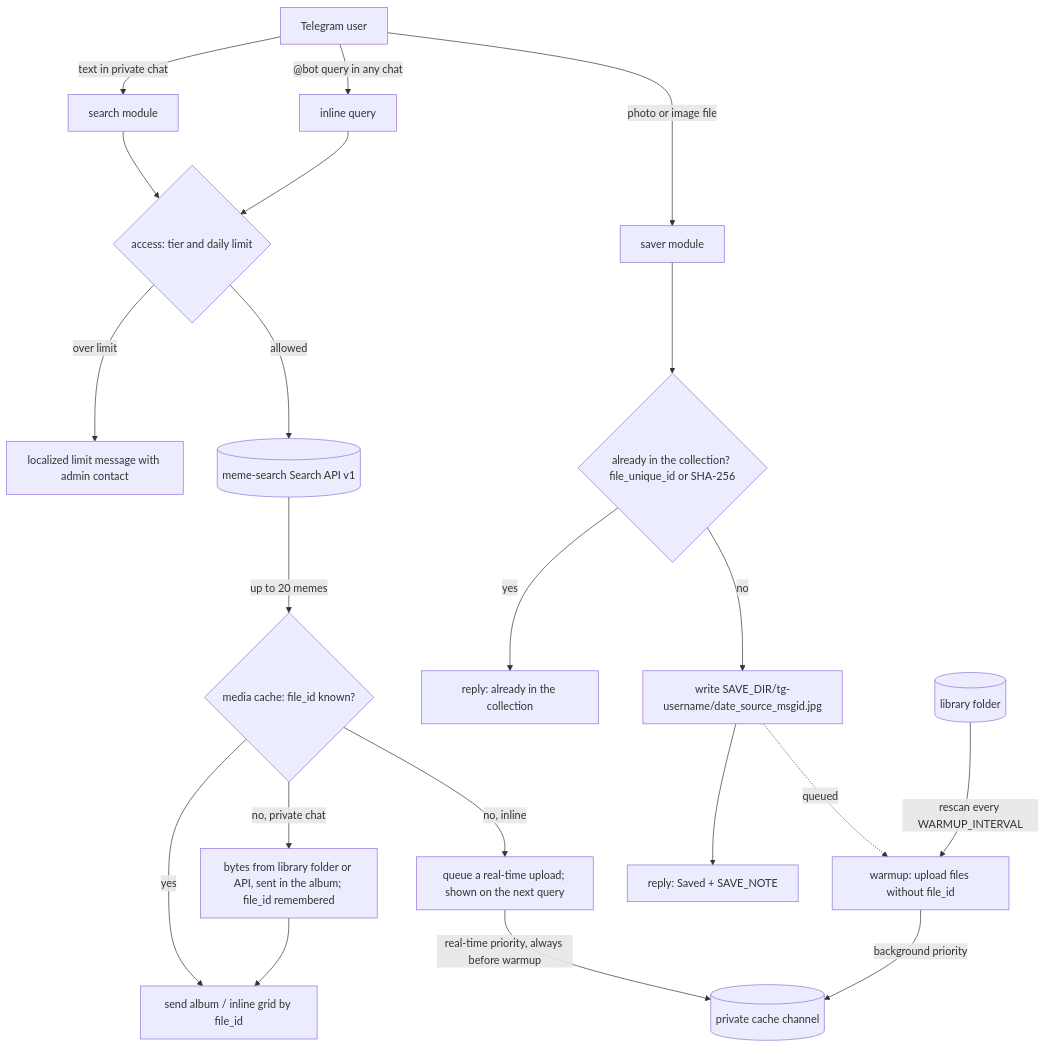
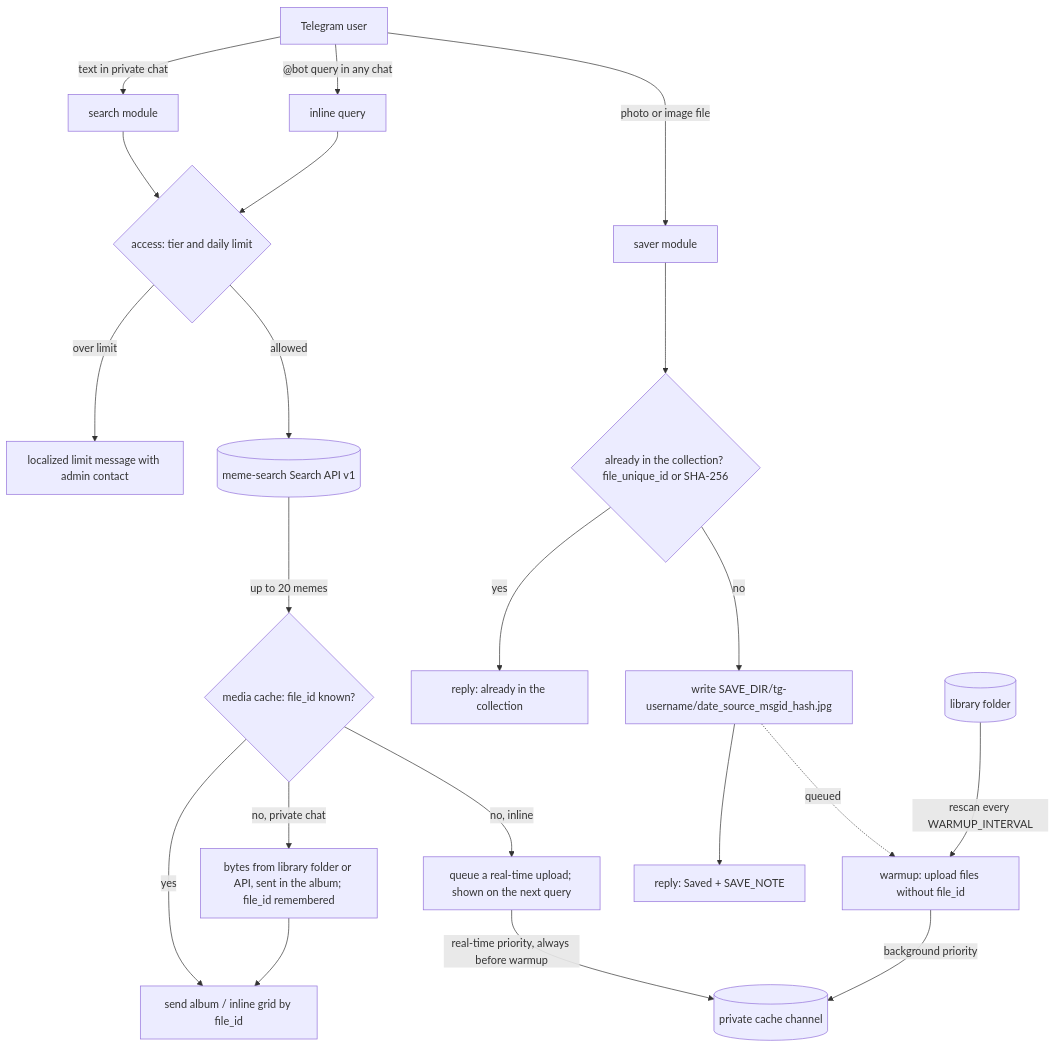
Before and after one commit to GRbit/meme-search-telegram-bot: the diagram in README.md, drawn with Mermaid. The commit also changed other lines of this file and 6 other files, not shown here.

````diff
--- a/README.md
+++ b/README.md
@@ -18,27 +18,27 @@
 ```mermaid
 flowchart TD
     U[Telegram user] -->|text in private chat| S[search module]
     U -->|"@bot query" in any chat| I[inline query]
     U -->|photo or image file| SV[saver module]
 
     S --> A{access: tier and daily limit}
     I --> A
     A -->|over limit| D[localized limit message with admin contact]
     A -->|allowed| API[(meme-search Search API v1)]
     API -->|up to 20 memes| C{media cache: file_id known?}
 
     C -->|yes| SEND[send album / inline grid by file_id]
     C -->|no, private chat| UP[bytes from library folder or API, sent in the album; file_id remembered]
     UP --> SEND
     C -->|no, inline| Q[queue a real-time upload; shown on the next query]
     Q -->|real-time priority, always before warmup| CH
 
     SV --> K{already in the collection? file_unique_id or SHA-256}
     K -->|yes| R1[reply: already in the collection]
-    K -->|no| F[write SAVE_DIR/tg-username/date_source_msgid.jpg]
+    K -->|no| F[write SAVE_DIR/tg-username/date_source_msgid_hash.jpg]
     F --> R2[reply: Saved + SAVE_NOTE]
     F -.queued.-> W
 
     L[(library folder)] -->|rescan every WARMUP_INTERVAL| W[warmup: upload files without file_id]
     W -->|background priority| CH[(private cache channel)]
 ```
````
